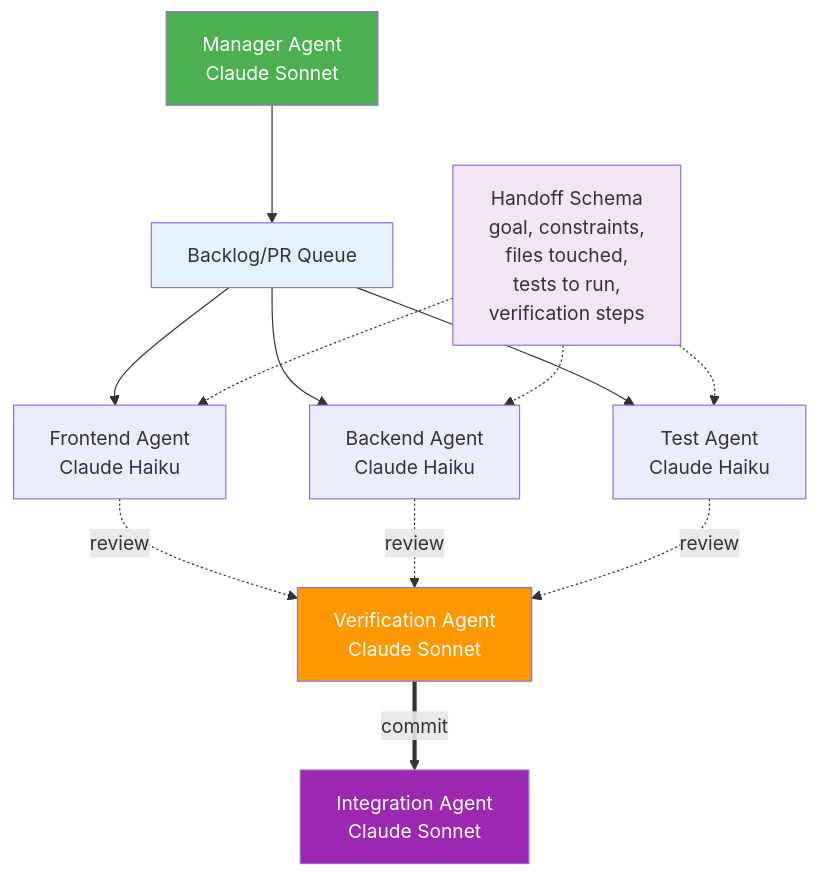
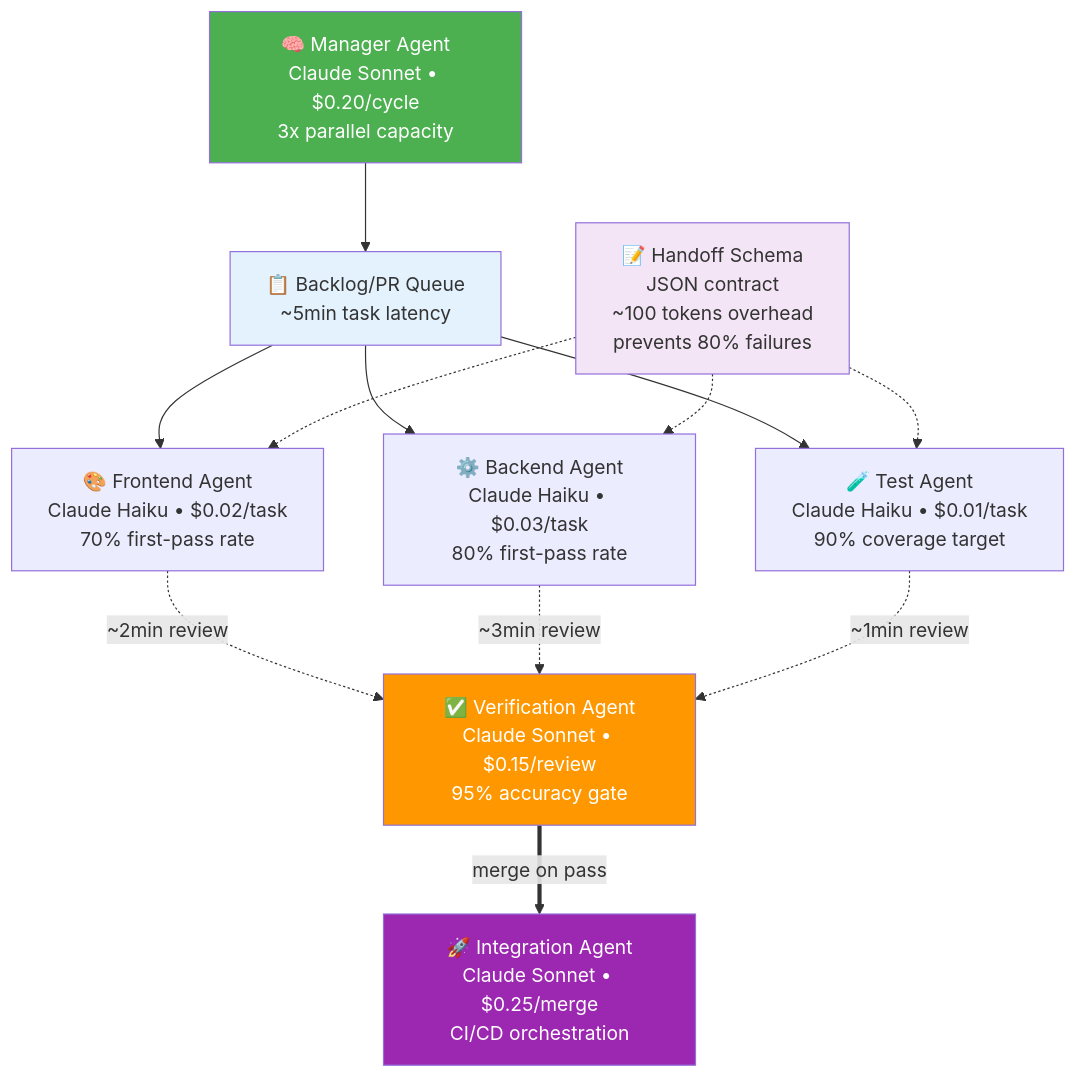
One commit to mldangelo/eairg-coding-agent-talk changed the fourth of 4 diagrams in talk.md. Above: the diagram before and after it, drawn with Mermaid. The commit also changed other lines of this file and 4 other files, not shown here.

````diff
--- a/talk.md
+++ b/talk.md
@@ -1547,24 +1791,24 @@
 ```mermaid
 graph TB
-    BL[Backlog/PR Queue] --> W1[Frontend Agent<br/>Claude Haiku]
-    BL --> W2[Backend Agent<br/>Claude Haiku]
-    BL --> W3[Test Agent<br/>Claude Haiku]
+    BL["📋 Backlog/PR Queue<br/>~5min task latency"] --> W1["🎨 Frontend Agent<br/>Claude Haiku • $0.02/task<br/>70% first-pass rate"]
+    BL --> W2["⚙️ Backend Agent<br/>Claude Haiku • $0.03/task<br/>80% first-pass rate"]
+    BL --> W3["🧪 Test Agent<br/>Claude Haiku • $0.01/task<br/>90% coverage target"]
 
-    M[Manager Agent<br/>Claude Sonnet] --> BL
+    M["🧠 Manager Agent<br/>Claude Sonnet • $0.20/cycle<br/>3x parallel capacity"] --> BL
 
-    W1 -.->|review| V[Verification Agent<br/>Claude Sonnet]
-    W2 -.->|review| V
-    W3 -.->|review| V
+    W1 -.->|"~2min review"| V["✅ Verification Agent<br/>Claude Sonnet • $0.15/review<br/>95% accuracy gate"]
+    W2 -.->|"~3min review"| V
+    W3 -.->|"~1min review"| V
 
-    V ==>|commit| I[Integration Agent<br/>Claude Sonnet]
+    V ==>|"merge on pass"| I["🚀 Integration Agent<br/>Claude Sonnet • $0.25/merge<br/>CI/CD orchestration"]
 
-    HS[Handoff Schema<br/>goal, constraints,<br/>files touched,<br/>tests to run,<br/>verification steps] -.-> W1
+    HS["📝 Handoff Schema<br/>JSON contract<br/>~100 tokens overhead<br/>prevents 80% failures"] -.-> W1
     HS -.-> W2
     HS -.-> W3
 
     style M fill:#4caf50,color:#fff
     style V fill:#ff9800,color:#fff
     style I fill:#9c27b0,color:#fff
     style BL fill:#e3f2fd
     style HS fill:#f3e5f5
 ```
````
